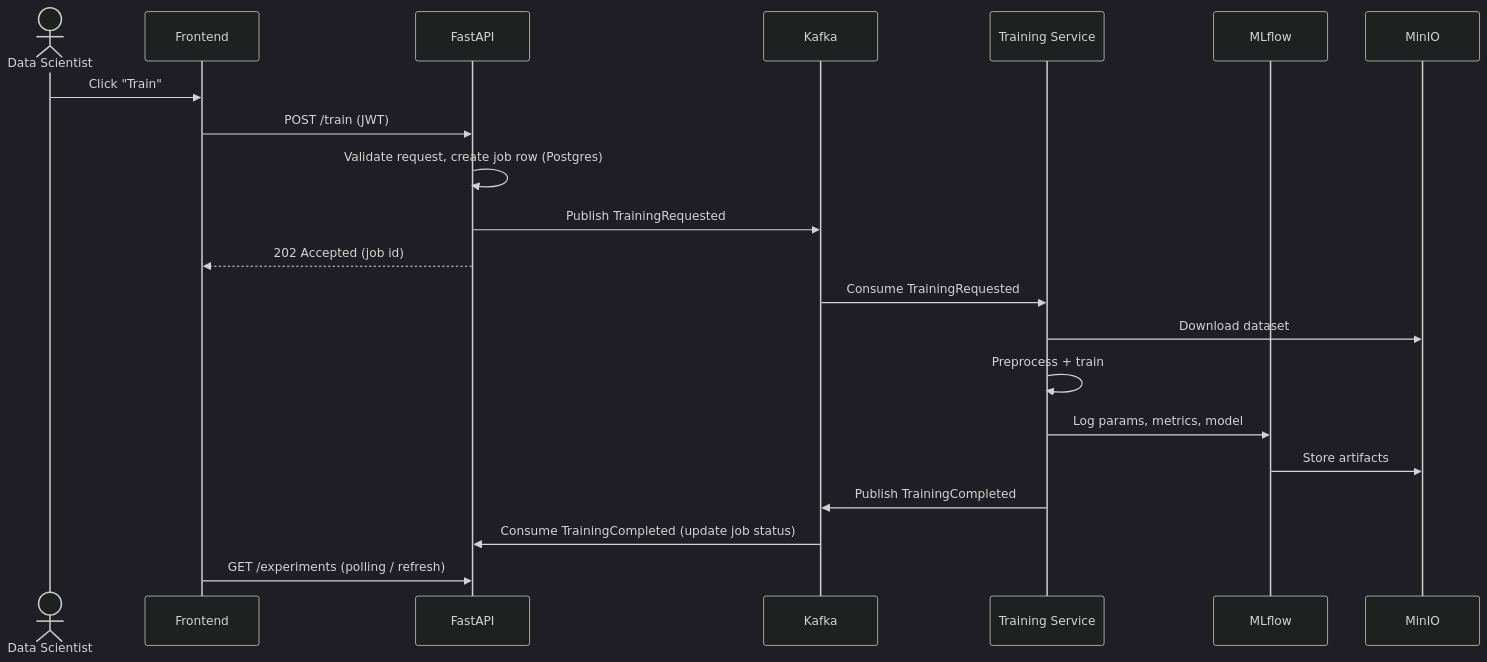
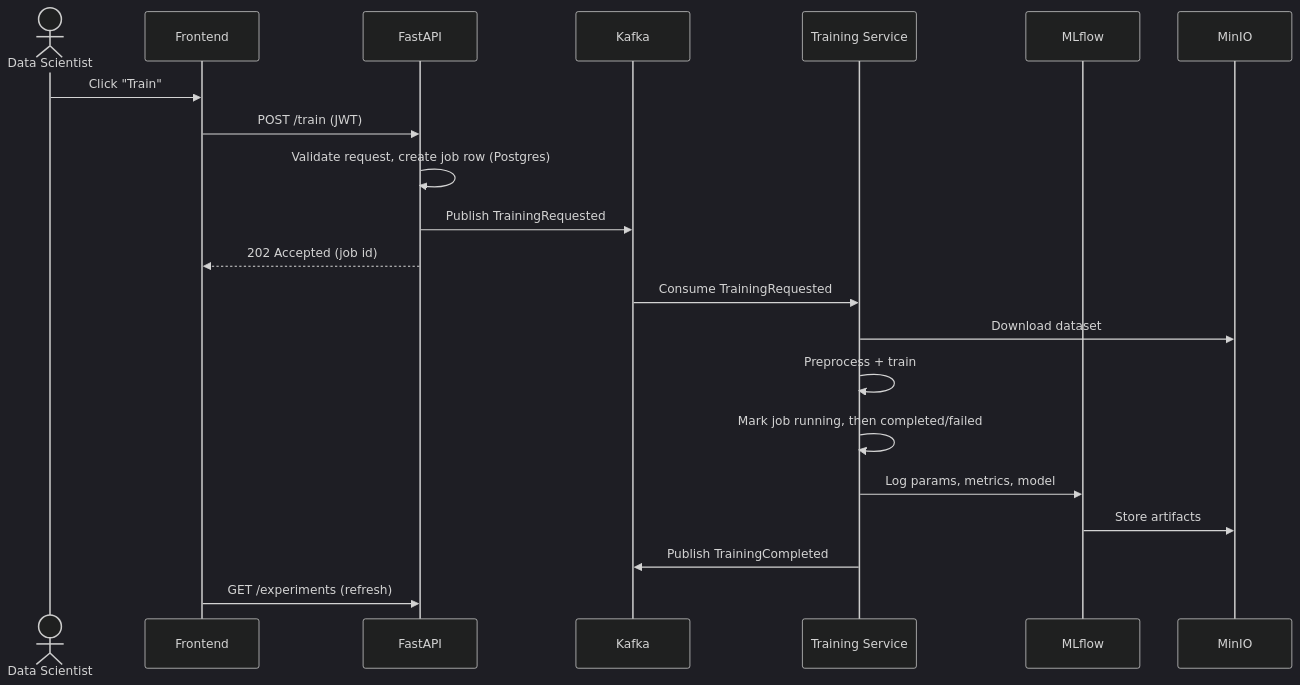
One commit to malo-coet/cloud-ml-platform changed the second of 2 diagrams in docs/architecture.md. Above: the diagram before and after it, drawn with Mermaid (dark theme). The commit also changed other lines of this file and 2 other files, not shown here.

Commit message:
docs: document the event-driven training flow for sprint 5

````diff
--- a/docs/architecture.md
+++ b/docs/architecture.md
@@ -55,24 +55,24 @@
 ```mermaid
 sequenceDiagram
     actor DS as Data Scientist
     participant FE as Frontend
     participant API as FastAPI
     participant K as Kafka
     participant TR as Training Service
     participant M as MLflow
     participant S3 as MinIO
 
     DS->>FE: Click "Train"
     FE->>API: POST /train (JWT)
     API->>API: Validate request, create job row (Postgres)
     API->>K: Publish TrainingRequested
     API-->>FE: 202 Accepted (job id)
     K->>TR: Consume TrainingRequested
     TR->>S3: Download dataset
     TR->>TR: Preprocess + train
+    TR->>TR: Mark job running, then completed/failed
     TR->>M: Log params, metrics, model
     M->>S3: Store artifacts
     TR->>K: Publish TrainingCompleted
-    K->>API: Consume TrainingCompleted (update job status)
-    FE->>API: GET /experiments (polling / refresh)
+    FE->>API: GET /experiments (refresh)
 ```
````
